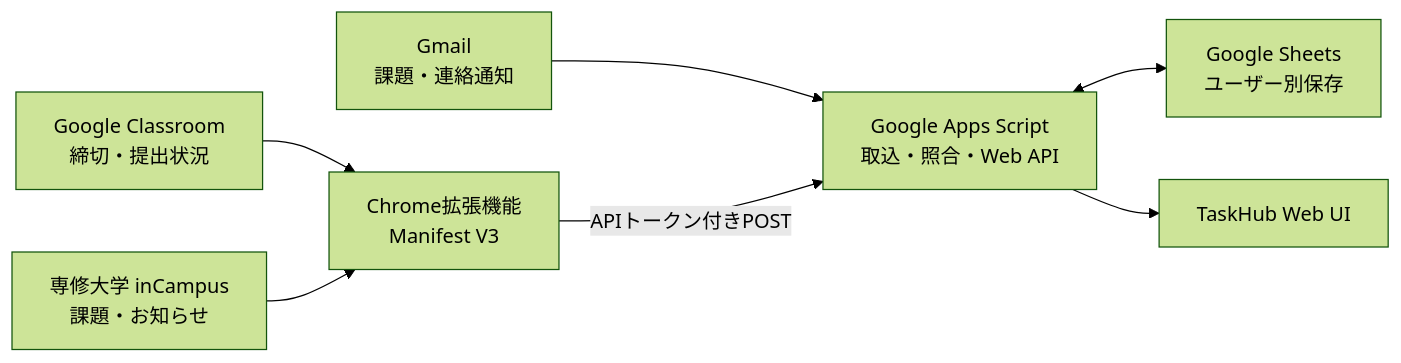
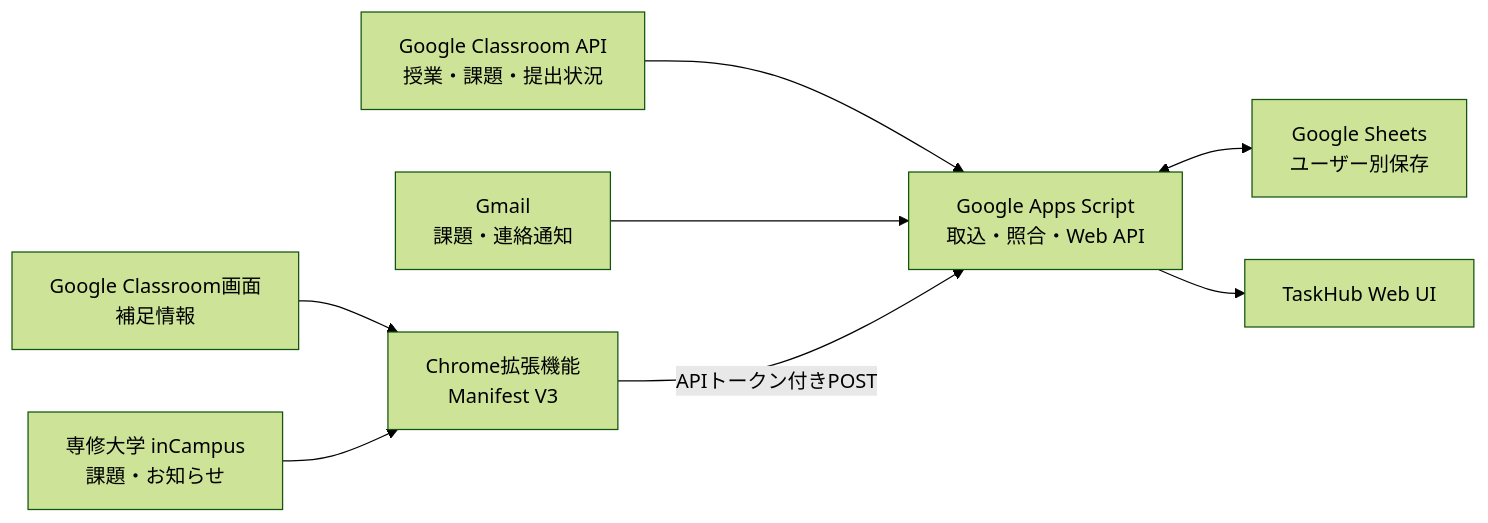
The diagram in README.md (ponkichi1552/senshu-taskhub), drawn with Mermaid (forest theme) before and after one commit. The commit also changed other lines of this file and 68 other files, not shown here.

Commit message:
feat: integrate Classroom API and Gmail sync

````diff
--- a/README.md
+++ b/README.md
@@ -49,9 +57,10 @@
 ```mermaid
 flowchart LR
-    Gmail["Gmail<br>課題・連絡通知"] --> GAS["Google Apps Script<br>取込・照合・Web API"]
-    Classroom["Google Classroom<br>締切・提出状況"] --> Extension["Chrome拡張機能<br>Manifest V3"]
+    ClassroomAPI["Google Classroom API<br>授業・課題・提出状況"] --> GAS["Google Apps Script<br>取込・照合・Web API"]
+    Gmail["Gmail<br>課題・連絡通知"] --> GAS
+    Classroom["Google Classroom画面<br>補足情報"] --> Extension["Chrome拡張機能<br>Manifest V3"]
     InCampus["専修大学 inCampus<br>課題・お知らせ"] --> Extension
     Extension -->|"APIトークン付きPOST"| GAS
     GAS <--> Sheets["Google Sheets<br>ユーザー別保存"]
     GAS --> UI["TaskHub Web UI"]
 ```
````
